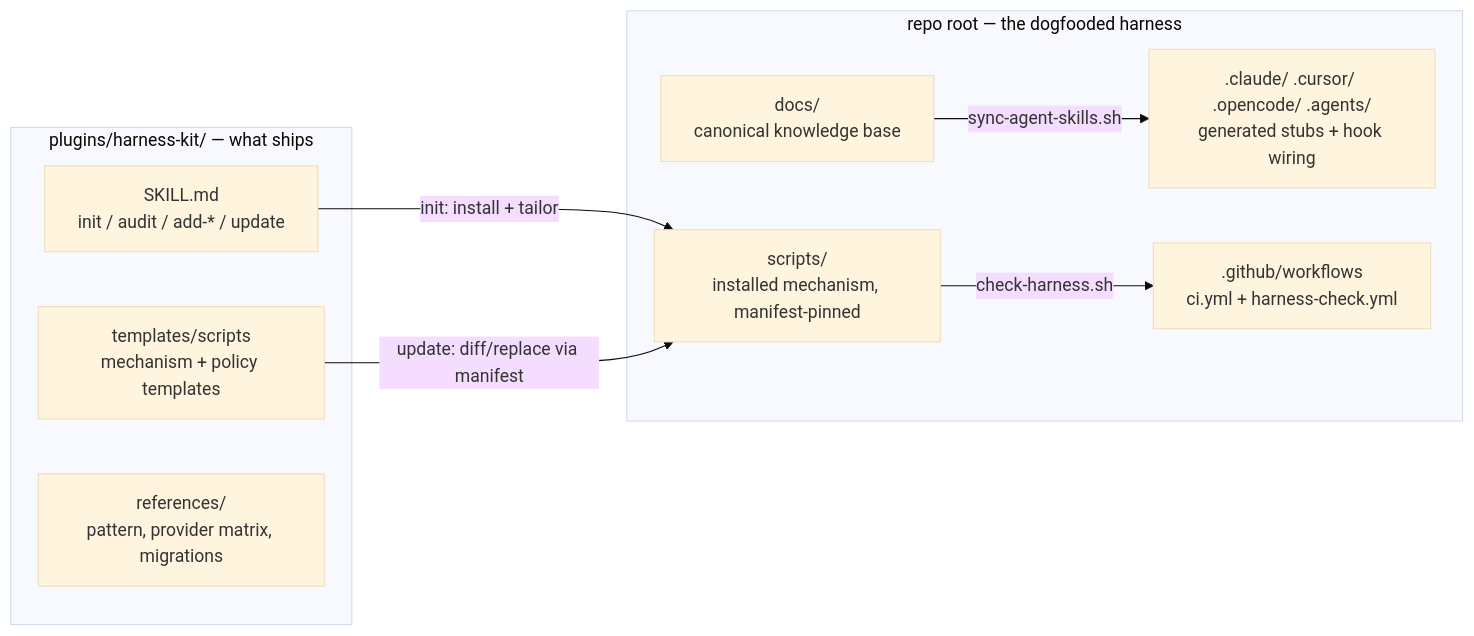
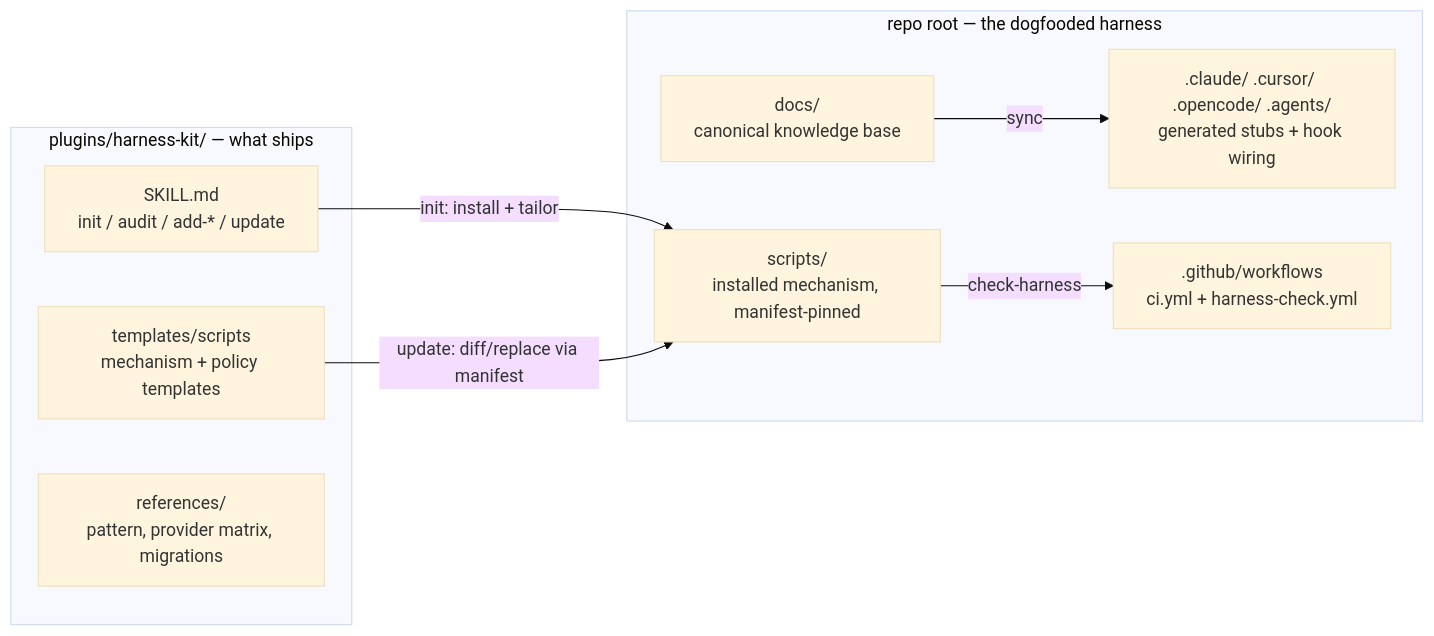
One commit to Neogenuity/harness-kit changed the diagram in ARCHITECTURE.md. Above: the diagram before and after it, drawn with Mermaid (base theme). The commit also changed other lines of this file and 73 other files, not shown here.

First line of the commit message:
release: v0.27.0 — second-review hardening: installer symlink fix, capability-table + ship-contract schema validation, doc-assurance across all zones, revived silent stop-hook

````diff
--- a/ARCHITECTURE.md
+++ b/ARCHITECTURE.md
@@ -18,18 +18,18 @@
 ```mermaid
 flowchart LR
     subgraph plugin [plugins/harness-kit/ — what ships]
         T[templates/scripts<br/>mechanism + policy templates]
         S[SKILL.md<br/>init / audit / add-* / update]
         R[references/<br/>pattern, provider matrix, migrations]
     end
     subgraph root [repo root — the dogfooded harness]
         D[docs/<br/>canonical knowledge base]
         M[scripts/<br/>installed mechanism, manifest-pinned]
         P[".claude/ .cursor/ .opencode/ .agents/<br/>generated stubs + hook wiring"]
         CI[.github/workflows<br/>ci.yml + harness-check.yml]
     end
     S -- "init: install + tailor" --> M
     T -- "update: diff/replace via manifest" --> M
-    D -- "sync-agent-skills.sh" --> P
-    M -- "check-harness.sh" --> CI
+    D -- "sync" --> P
+    M -- "check-harness" --> CI
 ```
````
